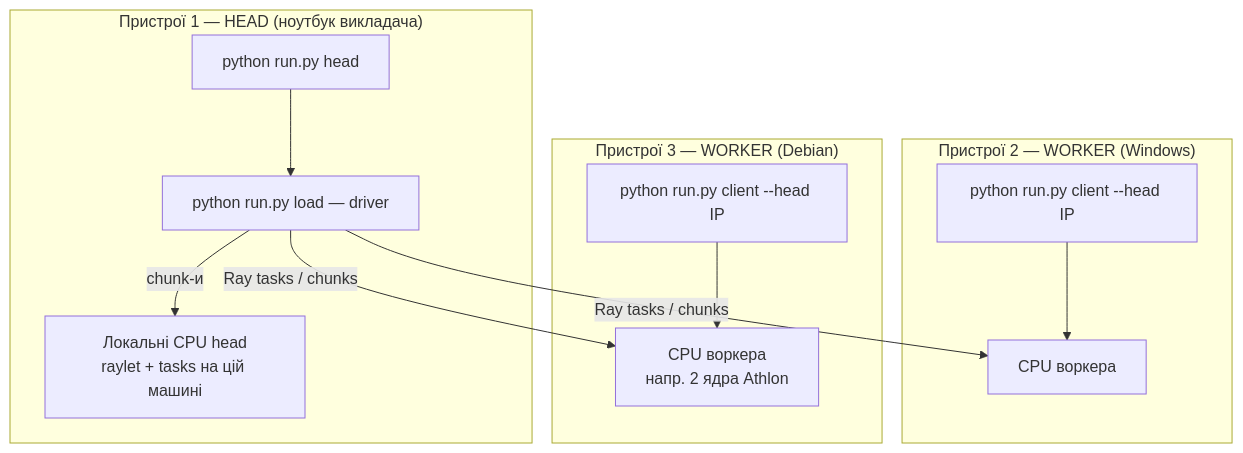
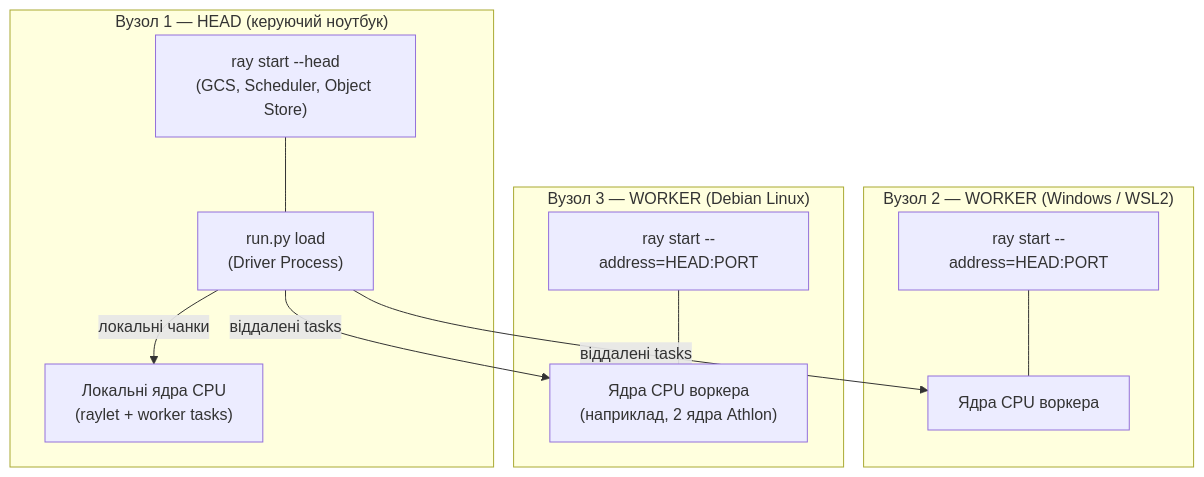
The first of 2 diagrams in docs/p02_ray_grid.md (vplanto/cloud_grid), drawn with Mermaid before and after one commit. The commit also changed other lines of this file, not shown here.

````diff
--- a/docs/p02_ray_grid.md
+++ b/docs/p02_ray_grid.md
@@ -21,25 +23,25 @@
 ```mermaid
 flowchart TB
-    subgraph Head ["Пристрої 1 — HEAD (ноутбук викладача)"]
-        H1["python run.py head"]
-        H2["python run.py load — driver"]
-        LCPU["Локальні CPU head<br>raylet + tasks на цій машині"]
-        H1 --> H2
-        H2 -->|"chunk-и"| LCPU
+    subgraph Head ["Вузол 1 — HEAD (керуючий ноутбук)"]
+        H1["ray start --head<br>(GCS, Scheduler, Object Store)"]
+        Driver["run.py load<br>(Driver Process)"]
+        HCPU["Локальні ядра CPU<br>(raylet + worker tasks)"]
+        H1 --- Driver
+        Driver -->|"локальні чанки"| HCPU
     end
 
-    subgraph W1 ["Пристрої 2 — WORKER (Windows)"]
-        C1["python run.py client --head IP"]
-        W1CPU["CPU воркера"]
-        C1 --> W1CPU
+    subgraph W1 ["Вузол 2 — WORKER (Windows / WSL2)"]
+        C1["ray start --address=HEAD:PORT"]
+        W1CPU["Ядра CPU воркера"]
+        C1 --- W1CPU
     end
 
-    subgraph W2 ["Пристрої 3 — WORKER (Debian)"]
-        C2["python run.py client --head IP"]
-        W2CPU["CPU воркера<br>напр. 2 ядра Athlon"]
-        C2 --> W2CPU
+    subgraph W2 ["Вузол 3 — WORKER (Debian Linux)"]
+        C2["ray start --address=HEAD:PORT"]
+        W2CPU["Ядра CPU воркера<br>(наприклад, 2 ядра Athlon)"]
+        C2 --- W2CPU
     end
 
-    H2 -->|"Ray tasks / chunks"| W1CPU
-    H2 -->|"Ray tasks / chunks"| W2CPU
+    Driver -->|"віддалені tasks"| W1CPU
+    Driver -->|"віддалені tasks"| W2CPU
 ```
````
